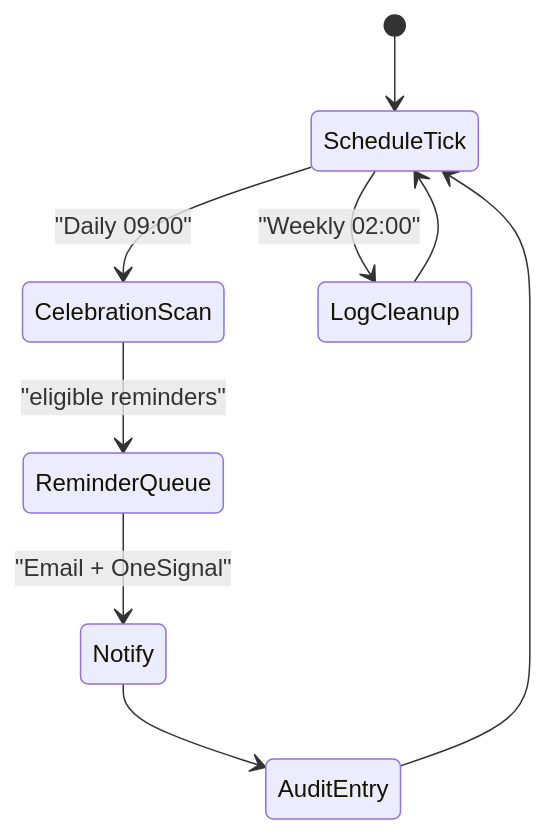
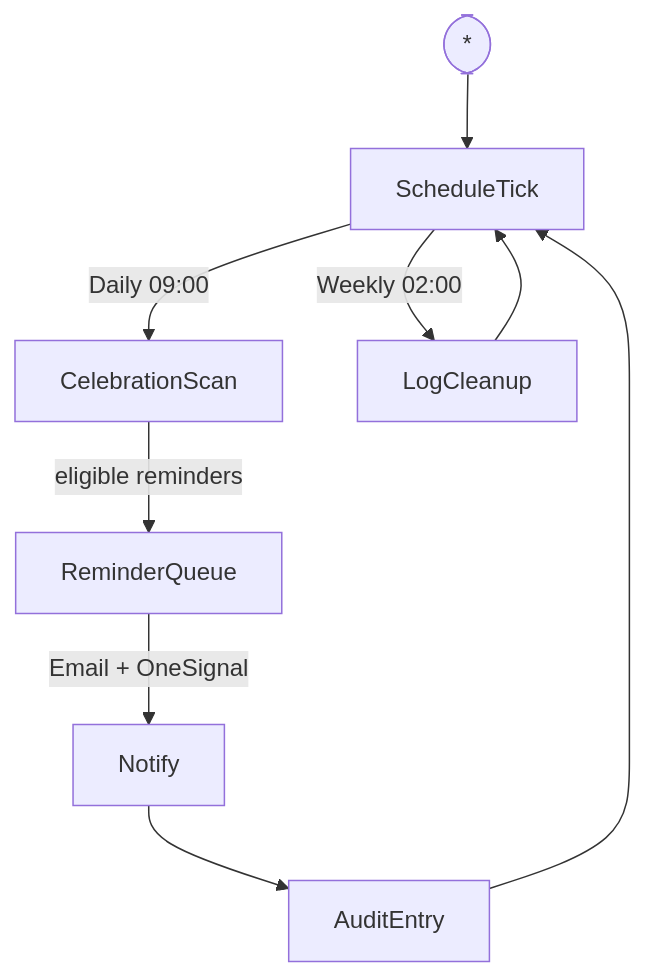
One commit to adil77672/bridgebond-docs changed the sixth of 6 diagrams in PROJECT_OVERVIEW.md. Above: the diagram before and after it, drawn with Mermaid.

````diff
--- a/PROJECT_OVERVIEW.md
+++ b/PROJECT_OVERVIEW.md
@@ -246,11 +246,11 @@
 ```mermaid
-stateDiagram-v2
-  [*] --> ScheduleTick
-  ScheduleTick --> CelebrationScan: "Daily 09:00"
-  CelebrationScan --> ReminderQueue: "eligible reminders"
-  ReminderQueue --> Notify: "Email + OneSignal"
-  Notify --> AuditEntry
+flowchart TD
+  Start([*]) --> ScheduleTick[ScheduleTick]
+  ScheduleTick -->|Daily 09:00| CelebrationScan[CelebrationScan]
+  CelebrationScan -->|eligible reminders| ReminderQueue[ReminderQueue]
+  ReminderQueue -->|Email + OneSignal| Notify[Notify]
+  Notify --> AuditEntry[AuditEntry]
   AuditEntry --> ScheduleTick
-  ScheduleTick --> LogCleanup: "Weekly 02:00"
+  ScheduleTick -->|Weekly 02:00| LogCleanup[LogCleanup]
   LogCleanup --> ScheduleTick
 ```
````
